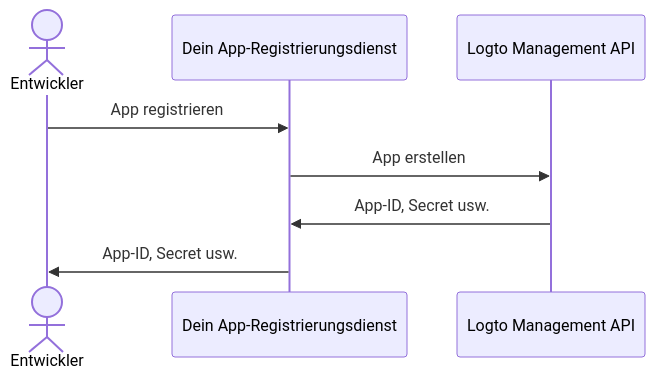
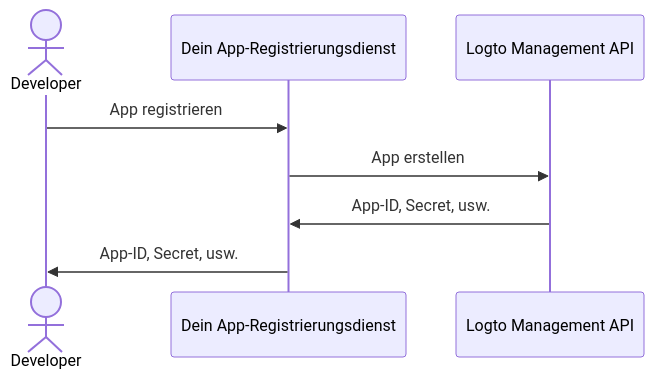
Before and after one commit to logto-io/docs: the first of 2 diagrams in i18n/de/docusaurus-plugin-content-docs/current/use-cases/ai/fragments/_configure-third-party-ai-agent.mdx, drawn with Mermaid. The commit also changed other lines of this file and 89 other files, not shown here.

````diff
--- a/i18n/de/docusaurus-plugin-content-docs/current/use-cases/ai/fragments/_configure-third-party-ai-agent.mdx
+++ b/i18n/de/docusaurus-plugin-content-docs/current/use-cases/ai/fragments/_configure-third-party-ai-agent.mdx
@@ -25,10 +25,10 @@
 ```mermaid
 sequenceDiagram
-  actor Developer as Entwickler
+  actor Developer
   participant Server as Dein App-Registrierungsdienst
   participant Logto as Logto Management API
   Developer->>Server: App registrieren
   Server->>Logto: App erstellen
-  Logto->>Server: App-ID, Secret usw.
-  Server->>Developer: App-ID, Secret usw.
+  Logto->>Server: App-ID, Secret, usw.
+  Server->>Developer: App-ID, Secret, usw.
 ```
````
